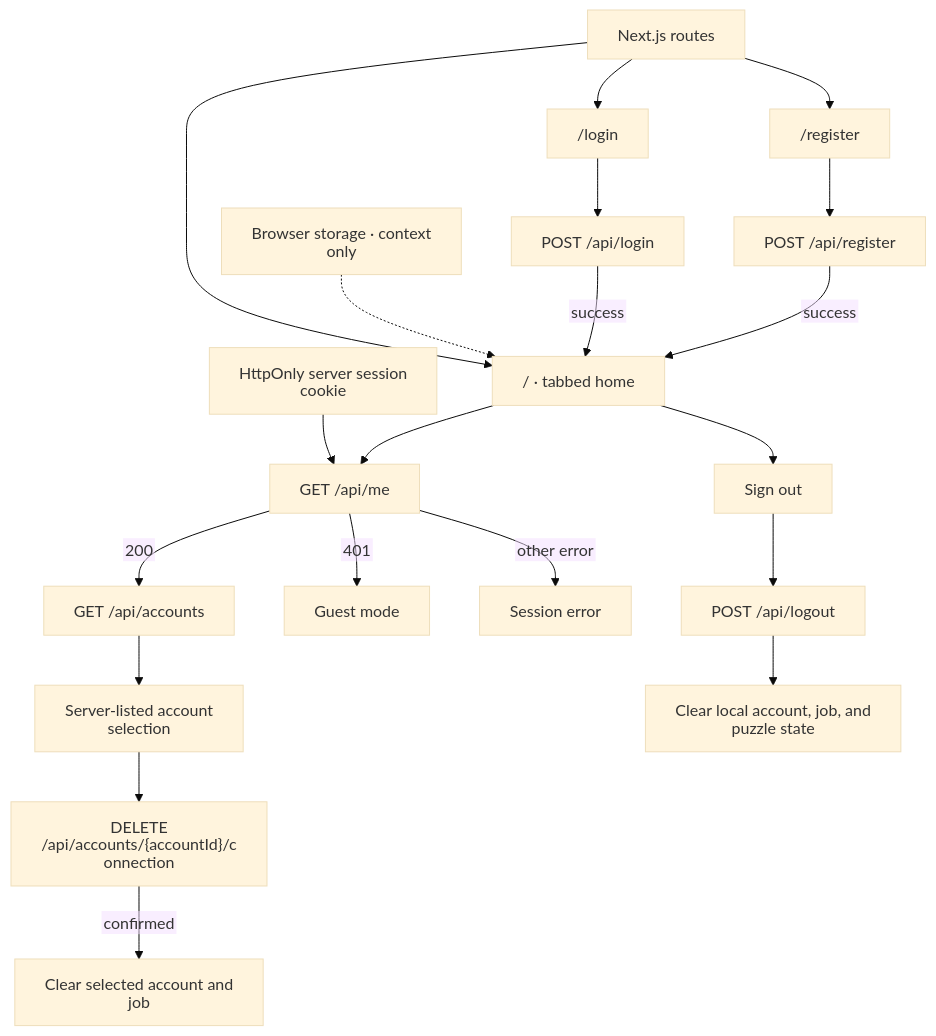
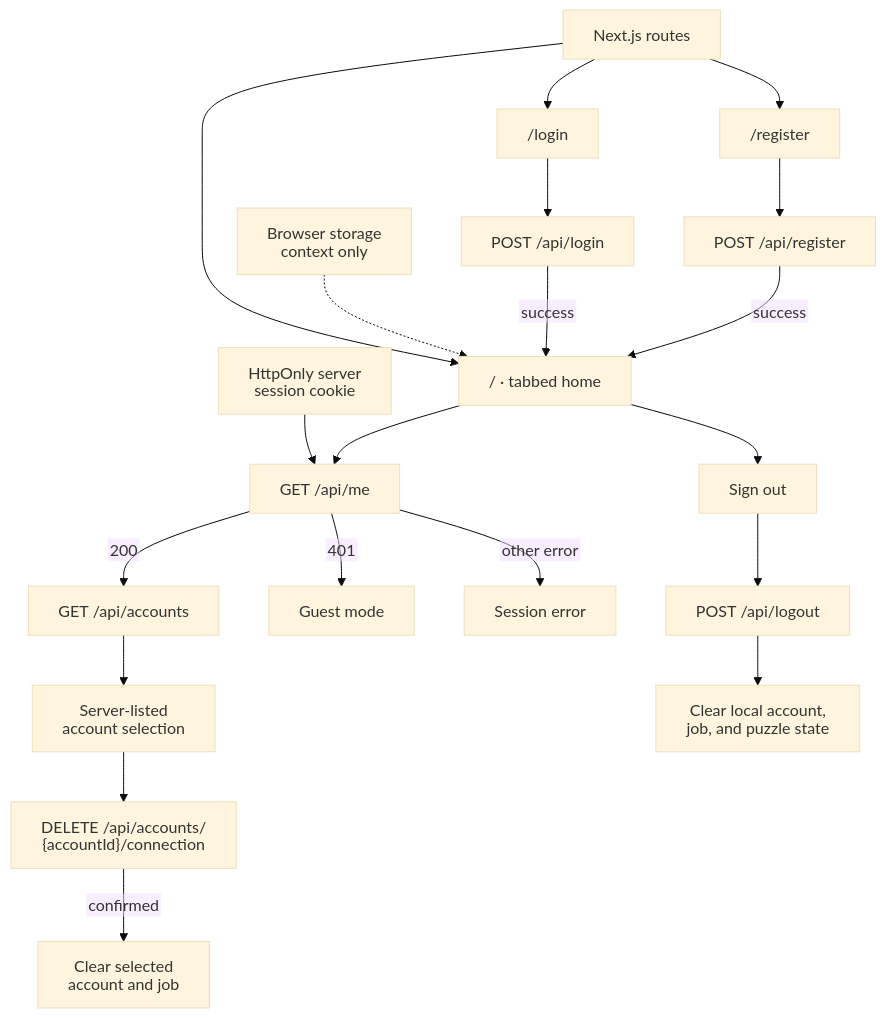
The first of 5 diagrams in docs/architecture/frontend.md (NathanZK/ChessEcho), drawn with Mermaid (base theme) before and after one commit. The commit also changed other lines of this file and 13 other files, not shown here.

Commit message:
docs(architecture): reconcile ChessProbe documentation architecture, system topology, API contract, and testing specifications (#785)

````diff
--- a/docs/architecture/frontend.md
+++ b/docs/architecture/frontend.md
@@ -23,23 +24,23 @@
 ```mermaid
 %%{init: {"htmlLabels": false, "flowchart": {"htmlLabels": false}}}%%
 flowchart TB
   routes["Next.js routes"] --> home["/ · tabbed home"]
   routes --> login["/login"]
   routes --> register["/register"]
-  cookie["HttpOnly server session cookie"] --> bootstrap["GET /api/me"]
-  storage["Browser storage · context only"] -.-> home
+  cookie["HttpOnly server<br/>session cookie"] --> bootstrap["GET /api/me"]
+  storage["Browser storage<br/>context only"] -.-> home
   home --> bootstrap
   bootstrap -->|"200"| accounts["GET /api/accounts"]
   bootstrap -->|"401"| guest["Guest mode"]
   bootstrap -->|"other error"| sessionError["Session error"]
-  accounts --> selected["Server-listed account selection"]
-  selected --> disconnect["DELETE /api/accounts/{accountId}/connection"]
+  accounts --> selected["Server-listed<br/>account selection"]
+  selected --> disconnect["DELETE /api/accounts/<br/>{accountId}/connection"]
   home --> signOut["Sign out"]
   signOut --> logout["POST /api/logout"]
   login --> postLogin["POST /api/login"]
   register --> postRegister["POST /api/register"]
   postLogin -->|"success"| home
   postRegister -->|"success"| home
-  disconnect -->|"confirmed"| clearAccount["Clear selected account and job"]
-  logout --> clearSession["Clear local account, job, and puzzle state"]
+  disconnect -->|"confirmed"| clearAccount["Clear selected<br/>account and job"]
+  logout --> clearSession["Clear local account,<br/>job, and puzzle state"]
 ```
````
